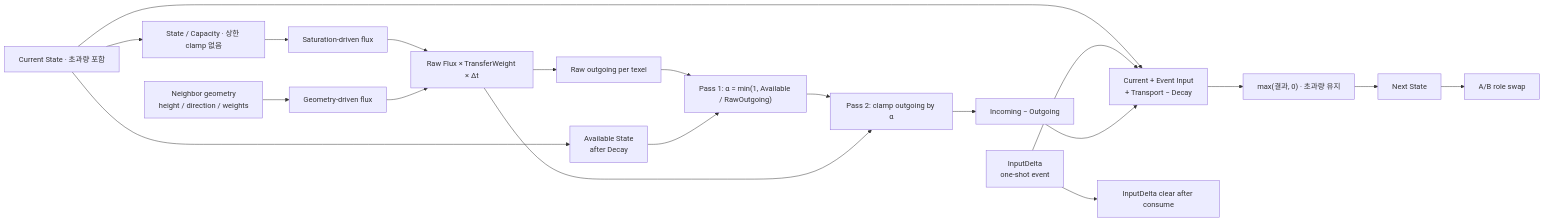
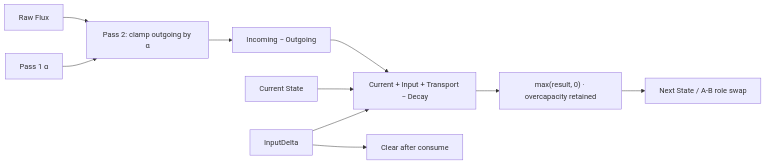
The third of 4 diagrams in Docs/MDSSP-Vault/04_Architecture/0006_Surface-State-Update.md (Yonaim/Material-Dependent-Surface-State-Engine), drawn with Mermaid before and after one commit. The commit also changed other lines of this file and 55 other files, not shown here.

Commit message:
Docs: Flow Map과 Architecture 문서 체계 정리

````diff
--- a/Docs/MDSSP-Vault/04_Architecture/0006_Surface-State-Update.md
+++ b/Docs/MDSSP-Vault/04_Architecture/0006_Surface-State-Update.md
@@ -95,22 +117,12 @@
 ```mermaid
 flowchart LR
-  Current["Current State · 초과량 포함"] --> Sat["State / Capacity · 상한 clamp 없음"]
-  Sat --> SatFlux["Saturation-driven flux"]
-  Geometry["Neighbor geometry\nheight / direction / weights"] --> GeoFlux["Geometry-driven flux"]
-  SatFlux --> Combine["Raw Flux × TransferWeight × Δt"]
-  GeoFlux --> Combine
-  Combine --> Out["Raw outgoing per texel"]
-  Current --> Available["Available State\nafter Decay"]
-  Out --> Alpha["Pass 1: α = min(1, Available / RawOutgoing)"]
-  Available --> Alpha
-  Alpha --> Flux["Pass 2: clamp outgoing by α"]
-  Combine --> Flux
-  Flux --> Transport["Incoming − Outgoing"]
-  Current --> Update["Current + Event Input\n+ Transport − Decay"]
-  Input["InputDelta\none-shot event"] --> Update
+  Raw["Raw Flux"] --> Clamp["Pass 2: clamp outgoing by α"]
+  Alpha["Pass 1 α"] --> Clamp
+  Clamp --> Transport["Incoming − Outgoing"]
+  Current["Current State"] --> Update["Current + Input + Transport − Decay"]
+  Input["InputDelta"] --> Update
   Transport --> Update
-  Update --> Nonnegative["max(결과, 0) · 초과량 유지"]
-  Nonnegative --> Next["Next State"]
-  Next --> Swap["A/B role swap"]
-  Input --> Clear["InputDelta clear after consume"]
+  Update --> Next["max(result, 0) · overcapacity retained"]
+  Next --> Swap["Next State / A-B role swap"]
+  Input --> Clear["Clear after consume"]
 ```
````
